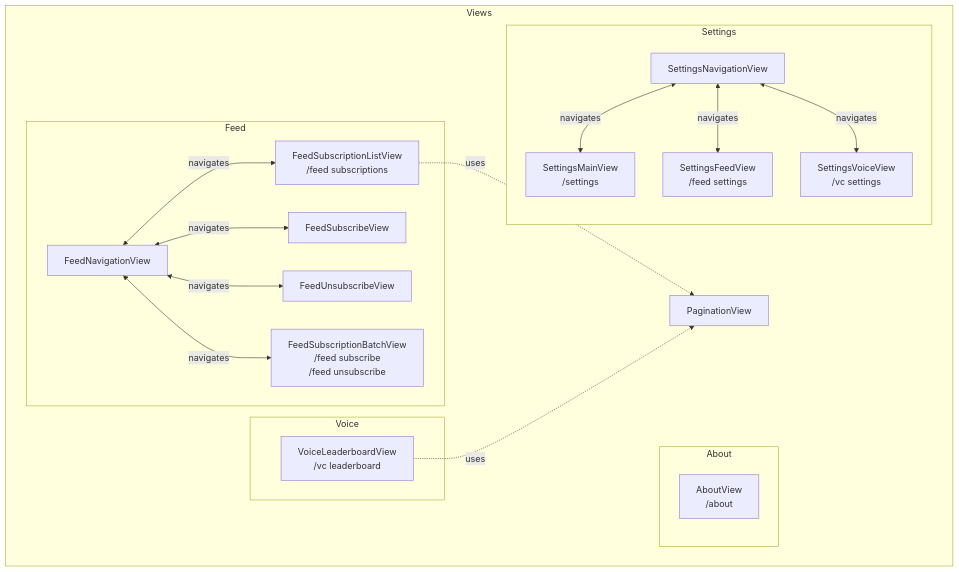
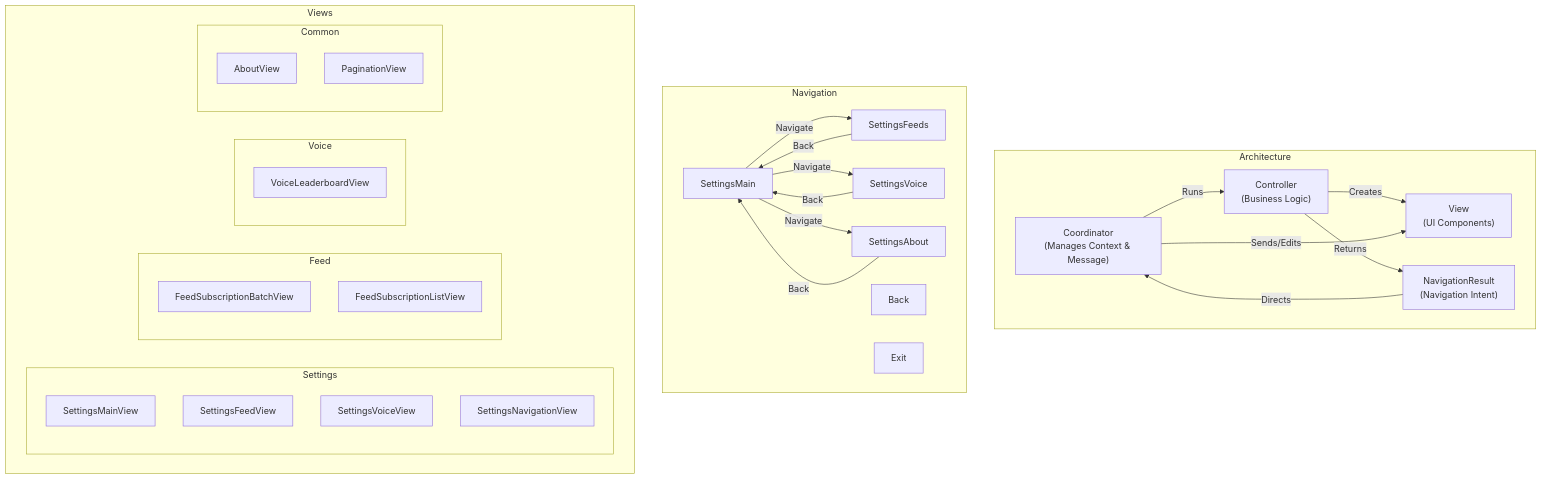
One commit to FAZuH/pwr-bot changed the diagram in docs/diagrams/architecture-view-flow.mmd. Above: the diagram before and after it, drawn with Mermaid. The commit also changed 5 other files, not shown here.

```diff
--- a/docs/diagrams/architecture-view-flow.mmd
+++ b/docs/diagrams/architecture-view-flow.mmd
@@ -1,42 +1,54 @@
 %% UI Flow
 graph TB
+    subgraph Architecture
+        Coordinator["Coordinator<br/>(Manages Context & Message)"]
+        Controller["Controller<br/>(Business Logic)"]
+        View["View<br/>(UI Components)"]
+        NavigationResult["NavigationResult<br/>(Navigation Intent)"]
+    end
+
+    Coordinator -->|Runs| Controller
+    Controller -->|Creates| View
+    Coordinator -->|Sends/Edits| View
+    Controller -->|Returns| NavigationResult
+    NavigationResult -->|Directs| Coordinator
+
+    subgraph Navigation
+        direction LR
+        SettingsMain[SettingsMain]
+        SettingsFeeds[SettingsFeeds]
+        SettingsVoice[SettingsVoice]
+        SettingsAbout[SettingsAbout]
+        Back[Back]
+        Exit[Exit]
+    end
+
+    SettingsMain -->|Navigate| SettingsFeeds
+    SettingsMain -->|Navigate| SettingsVoice
+    SettingsMain -->|Navigate| SettingsAbout
+    SettingsFeeds -->|Back| SettingsMain
+    SettingsVoice -->|Back| SettingsMain
+    SettingsAbout -->|Back| SettingsMain
+
     subgraph Views
-        subgraph About
-            AboutView["AboutView<br/>/about"]
+        subgraph Settings
+            SettingsMainView
+            SettingsFeedView
+            SettingsVoiceView
+            SettingsNavigationView
         end
 
         subgraph Feed
-            FeedNavigationView
-            FeedSubscribeView
-            FeedUnsubscribeView
-
-            FeedSubscriptionBatchView["FeedSubscriptionBatchView<br/>/feed subscribe<br/>/feed unsubscribe"]
-            FeedSubscriptionListView["FeedSubscriptionListView<br/>/feed subscriptions"]
+            FeedSubscriptionBatchView
+            FeedSubscriptionListView
         end
 
         subgraph Voice
-            VoiceLeaderboardView["VoiceLeaderboardView<br/>/vc leaderboard"]
+            VoiceLeaderboardView
         end
 
-        subgraph Settings
-            SettingsMainView["SettingsMainView<br/>/settings"]
-            SettingsFeedView["SettingsFeedView<br/>/feed settings"]
-            SettingsVoiceView["SettingsVoiceView<br/>/vc settings"]
-            SettingsNavigationView
+        subgraph Common
+            AboutView
+            PaginationView
         end
-
-        PaginationView
     end
-
-    %% View relationships
-    FeedSubscriptionListView -.uses.-> PaginationView
-    VoiceLeaderboardView -.uses.-> PaginationView
-
-    SettingsNavigationView <-->|navigates| SettingsMainView
-    SettingsNavigationView <-->|navigates| SettingsFeedView
-    SettingsNavigationView <-->|navigates| SettingsVoiceView
-
-    FeedNavigationView <-->|navigates| FeedSubscribeView
-    FeedNavigationView <-->|navigates| FeedUnsubscribeView
-    FeedNavigationView <-->|navigates| FeedSubscriptionListView
-    FeedNavigationView <-->|navigates| FeedSubscriptionBatchView
```
